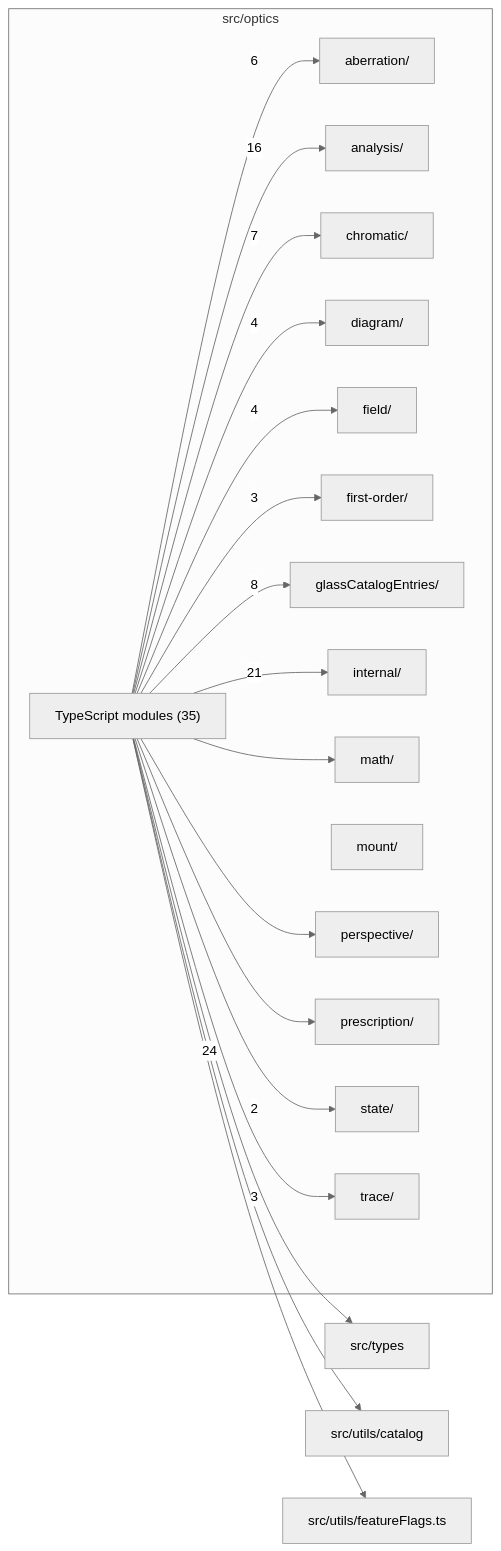
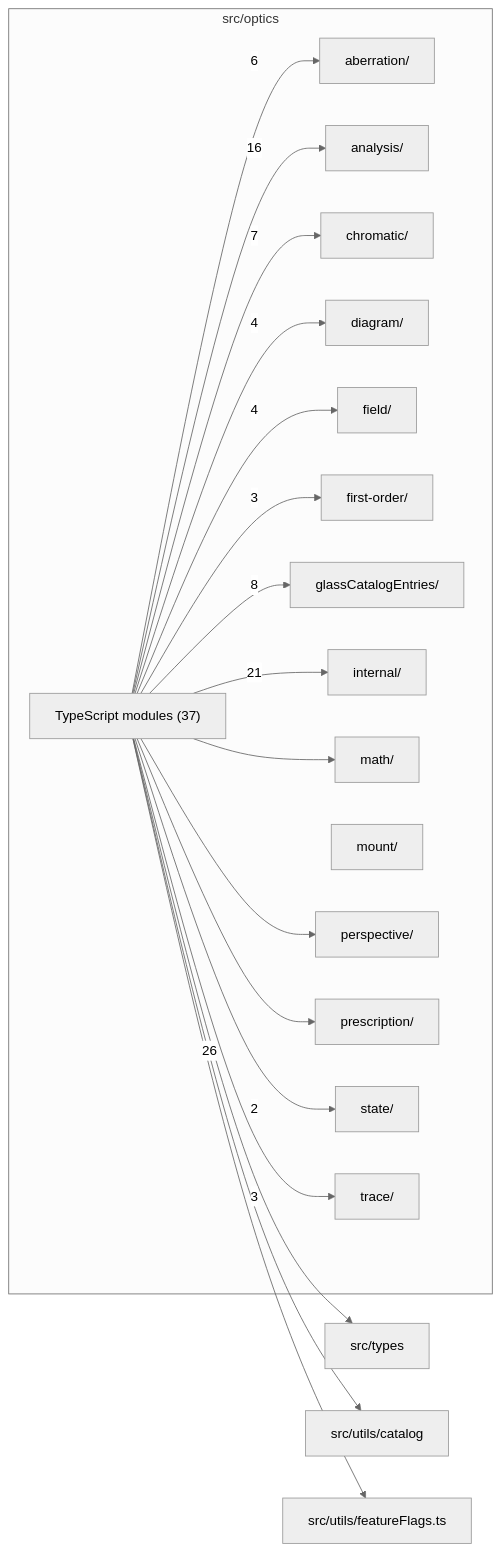
One commit to ronbuening/LensVisualizer changed the diagram in src/optics/readme.md. Above: the diagram before and after it, drawn with Mermaid (neutral theme). The commit also changed other lines of this file and 177 other files, not shown here.

First line of the commit message:
Audit the oldest 40 lens diagrams against patents (#704)

````diff
--- a/src/optics/readme.md
+++ b/src/optics/readme.md
@@ -9,39 +9,39 @@
 ```mermaid
 flowchart LR
   subgraph n_src_optics["src/optics"]
     n_src_optics_src_optics_aberration["aberration/"]
     n_src_optics_src_optics_analysis["analysis/"]
     n_src_optics_src_optics_chromatic["chromatic/"]
     n_src_optics_src_optics_diagram["diagram/"]
     n_src_optics_src_optics_field["field/"]
     n_src_optics_src_optics_first_order["first-order/"]
     n_src_optics_src_optics_glassCatalogEntries["glassCatalogEntries/"]
     n_src_optics_src_optics_internal["internal/"]
     n_src_optics_src_optics_math["math/"]
     n_src_optics_src_optics_mount["mount/"]
     n_src_optics_src_optics_perspective["perspective/"]
     n_src_optics_src_optics_prescription["prescription/"]
     n_src_optics_src_optics_state["state/"]
     n_src_optics_src_optics_trace["trace/"]
-    n_src_optics_TypeScript_modules["TypeScript modules (35)"]
+    n_src_optics_TypeScript_modules["TypeScript modules (37)"]
   end
   n_external_src_types["src/types"]
   n_external_src_utils_catalog["src/utils/catalog"]
   n_external_src_utils_featureFlags_ts["src/utils/featureFlags.ts"]
-  n_src_optics_TypeScript_modules --> |24| n_external_src_types
+  n_src_optics_TypeScript_modules --> |26| n_external_src_types
   n_src_optics_TypeScript_modules --> |21| n_src_optics_src_optics_internal
   n_src_optics_TypeScript_modules --> |16| n_src_optics_src_optics_analysis
   n_src_optics_TypeScript_modules --> |8| n_src_optics_src_optics_glassCatalogEntries
   n_src_optics_TypeScript_modules --> |7| n_src_optics_src_optics_chromatic
   n_src_optics_TypeScript_modules --> |6| n_src_optics_src_optics_aberration
   n_src_optics_TypeScript_modules --> |4| n_src_optics_src_optics_diagram
   n_src_optics_TypeScript_modules --> |4| n_src_optics_src_optics_field
   n_src_optics_TypeScript_modules --> |3| n_src_optics_src_optics_first_order
   n_src_optics_TypeScript_modules --> |3| n_src_optics_src_optics_trace
   n_src_optics_TypeScript_modules --> |2| n_src_optics_src_optics_state
   n_src_optics_TypeScript_modules --> n_external_src_utils_catalog
   n_src_optics_TypeScript_modules --> n_external_src_utils_featureFlags_ts
   n_src_optics_TypeScript_modules --> n_src_optics_src_optics_math
   n_src_optics_TypeScript_modules --> n_src_optics_src_optics_perspective
   n_src_optics_TypeScript_modules --> n_src_optics_src_optics_prescription
 ```
````
